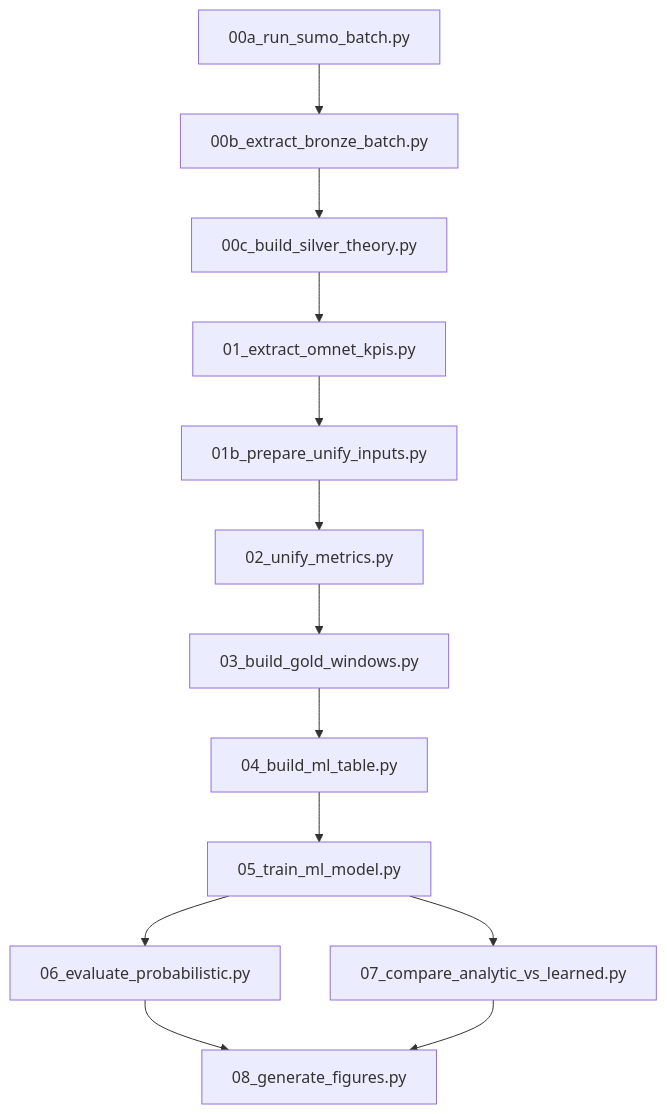
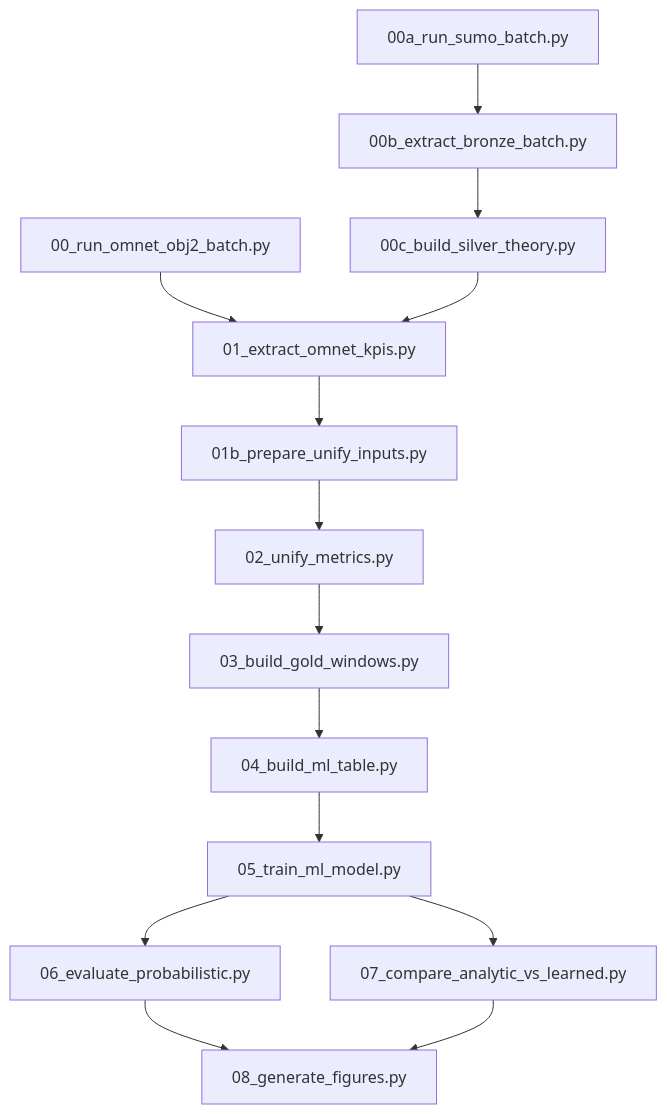
Before and after one commit to josearpa123/InTAS_Gradient_Boosting: the second of 3 diagrams in README.md, drawn with Mermaid. The commit also changed other lines of this file and 3 other files, not shown here.

````diff
--- a/README.md
+++ b/README.md
@@ -94,15 +94,16 @@
 ```mermaid
 flowchart TD
     S0A[00a_run_sumo_batch.py] --> S0B[00b_extract_bronze_batch.py]
     S0B --> S0C[00c_build_silver_theory.py]
-    S0C --> M1[01_extract_omnet_kpis.py]
+    O0[00_run_omnet_obj2_batch.py] --> M1[01_extract_omnet_kpis.py]
+    S0C --> M1
     M1 --> M1B[01b_prepare_unify_inputs.py]
     M1B --> M2[02_unify_metrics.py]
     M2 --> M3[03_build_gold_windows.py]
     M3 --> M4[04_build_ml_table.py]
     M4 --> M5[05_train_ml_model.py]
     M5 --> M6[06_evaluate_probabilistic.py]
     M5 --> M7[07_compare_analytic_vs_learned.py]
     M6 --> M8[08_generate_figures.py]
     M7 --> M8
 ```
````
